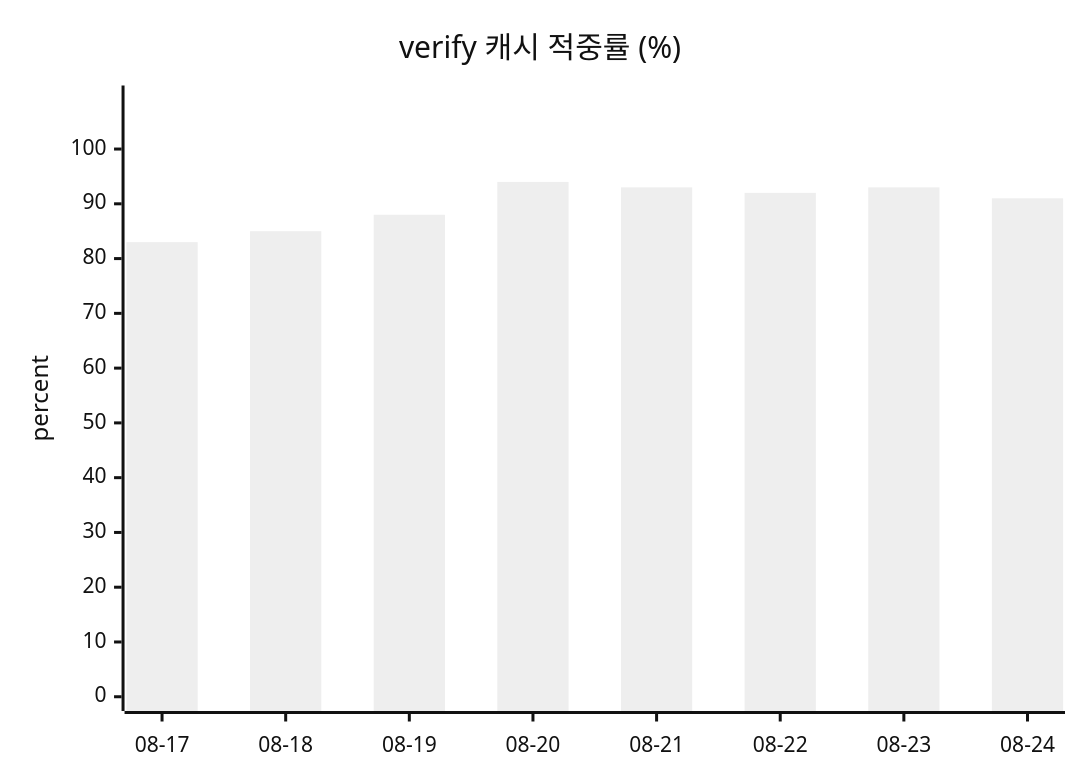
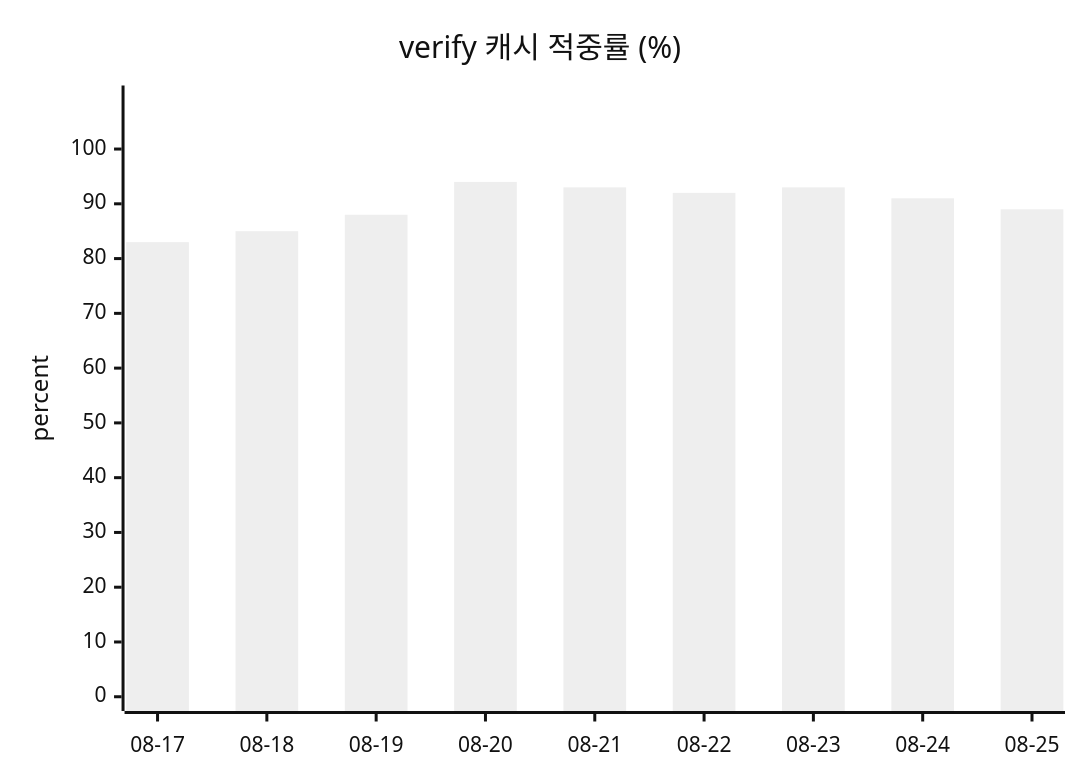
The second of 2 diagrams in docs/data/token-usage.md (userri/PinQ-backend), drawn with Mermaid (neutral theme) before and after one commit. The commit also changed other lines of this file and 3 other files, not shown here.

````diff
--- a/docs/data/token-usage.md
+++ b/docs/data/token-usage.md
@@ -70,7 +73,7 @@
 ```mermaid
 xychart-beta
     title "verify 캐시 적중률 (%)"
-    x-axis ["08-17", "08-18", "08-19", "08-20", "08-21", "08-22", "08-23", "08-24"]
+    x-axis ["08-17", "08-18", "08-19", "08-20", "08-21", "08-22", "08-23", "08-24", "08-25"]
     y-axis "percent" 0 --> 109
-    bar [83, 85, 88, 94, 93, 92, 93, 91]
+    bar [83, 85, 88, 94, 93, 92, 93, 91, 89]
 ```
````
